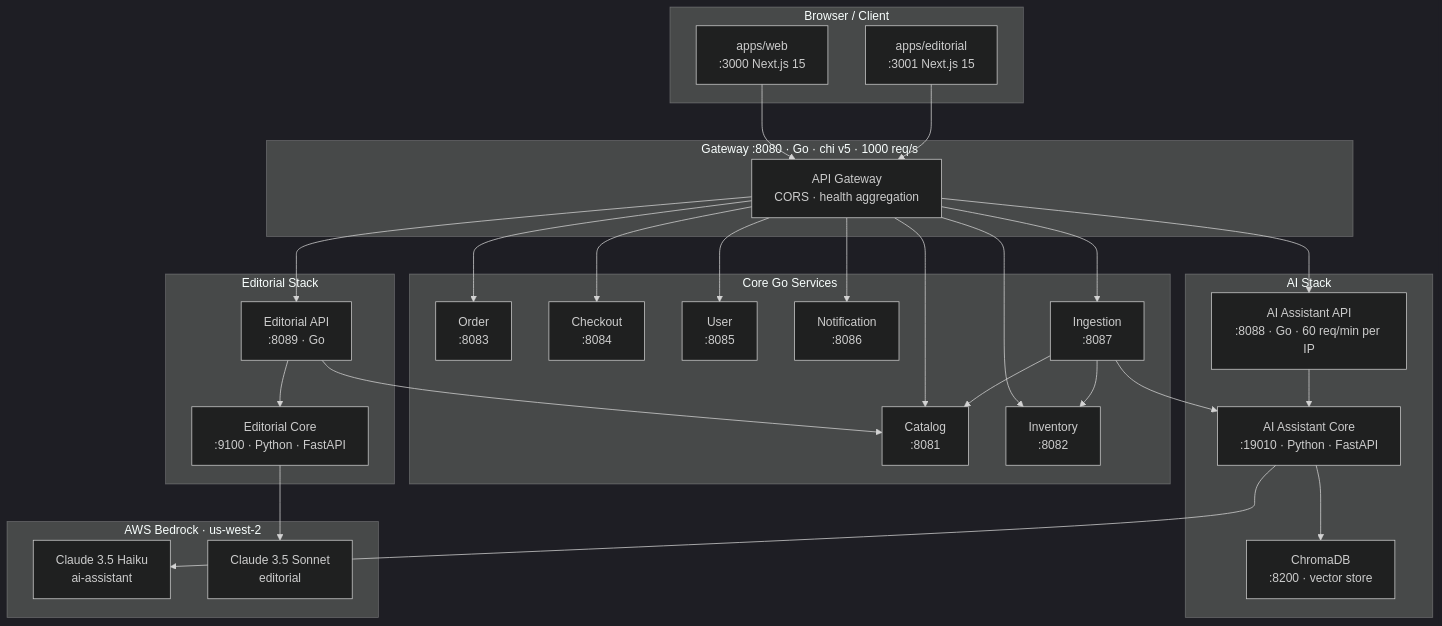
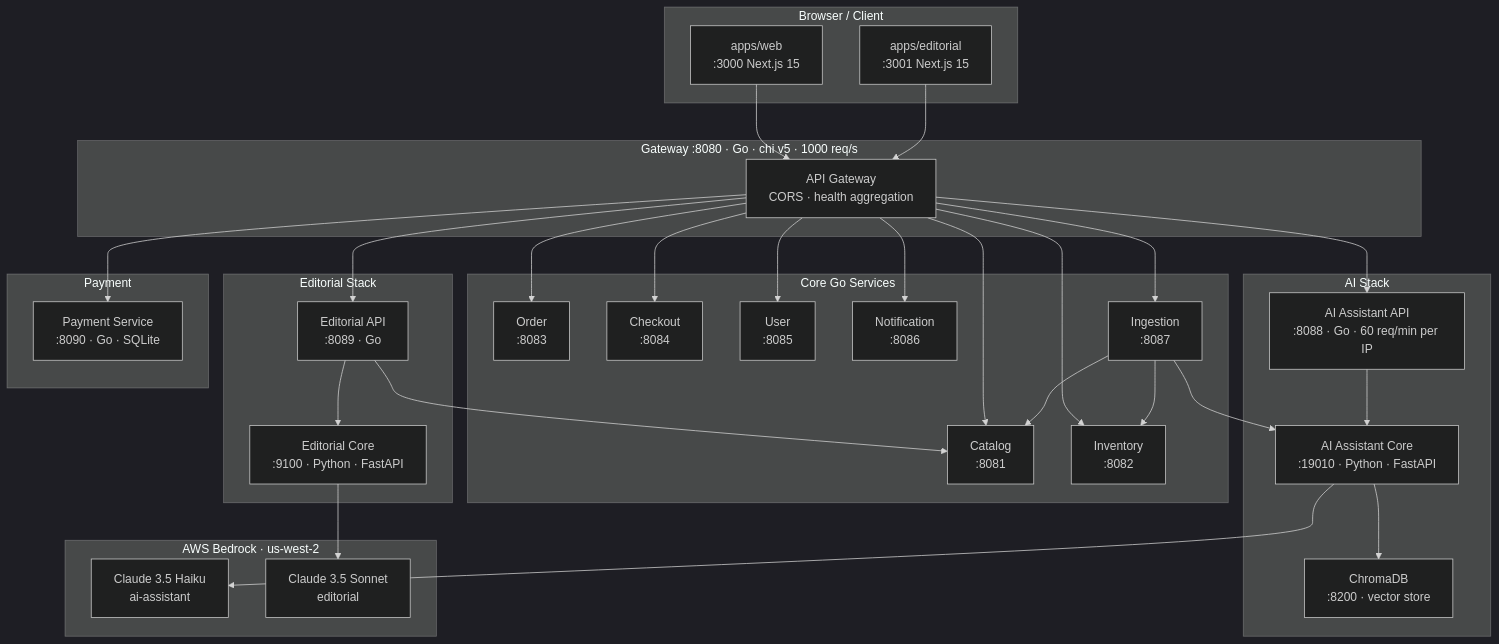
One commit to asefatesfay/ai-driven-ecommerce changed the first of 4 diagrams in README.md. Above: the diagram before and after it, drawn with Mermaid (dark theme). The commit also changed other lines of this file and 75 other files, not shown here.

````diff
--- a/README.md
+++ b/README.md
@@ -9,52 +9,57 @@
 ```mermaid
 graph TD
     subgraph Clients["Browser / Client"]
         WEB["apps/web\n:3000 Next.js 15"]
         EDI["apps/editorial\n:3001 Next.js 15"]
     end
 
     subgraph GW["Gateway :8080 · Go · chi v5 · 1000 req/s"]
         GATEWAY["API Gateway\nCORS · health aggregation"]
     end
 
     subgraph CoreServices["Core Go Services"]
         CAT["Catalog\n:8081"]
         INV["Inventory\n:8082"]
         ORD["Order\n:8083"]
         CHK["Checkout\n:8084"]
         USR["User\n:8085"]
         NOT["Notification\n:8086"]
         ING["Ingestion\n:8087"]
     end
 
     subgraph AIStack["AI Stack"]
         AIAPI["AI Assistant API\n:8088 · Go · 60 req/min per IP"]
         AICORE["AI Assistant Core\n:19010 · Python · FastAPI"]
         CHROMA["ChromaDB\n:8200 · vector store"]
     end
 
     subgraph EditorialStack["Editorial Stack"]
         EDIAPI["Editorial API\n:8089 · Go"]
         EDICORE["Editorial Core\n:9100 · Python · FastAPI"]
     end
 
+    subgraph PaymentStack["Payment"]
+        PAY["Payment Service\n:8090 · Go · SQLite"]
+    end
+
     subgraph AWS["AWS Bedrock · us-west-2"]
         CLAUDE_H["Claude 3.5 Haiku\nai-assistant"]
         CLAUDE_S["Claude 3.5 Sonnet\neditorial"]
     end
 
     WEB --> GATEWAY
     EDI --> GATEWAY
     GATEWAY --> CAT & INV & ORD & CHK & USR & NOT & ING
     GATEWAY --> AIAPI
     GATEWAY --> EDIAPI
+    GATEWAY --> PAY
     AIAPI --> AICORE
     EDIAPI --> EDICORE
     AICORE --> CHROMA
     AICORE --> CLAUDE_H
     EDICORE --> CLAUDE_S
     ING --> CAT
     ING --> INV
     ING --> AICORE
     EDIAPI --> CAT
 ```
````
